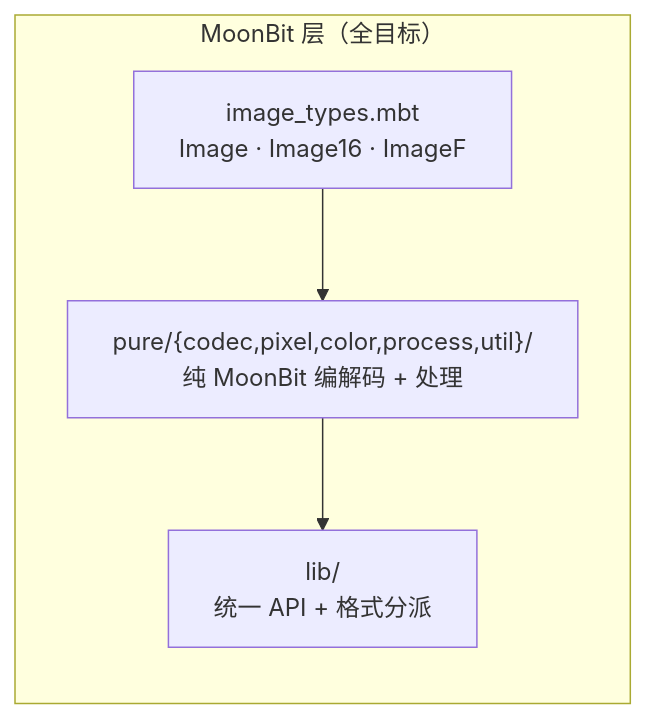
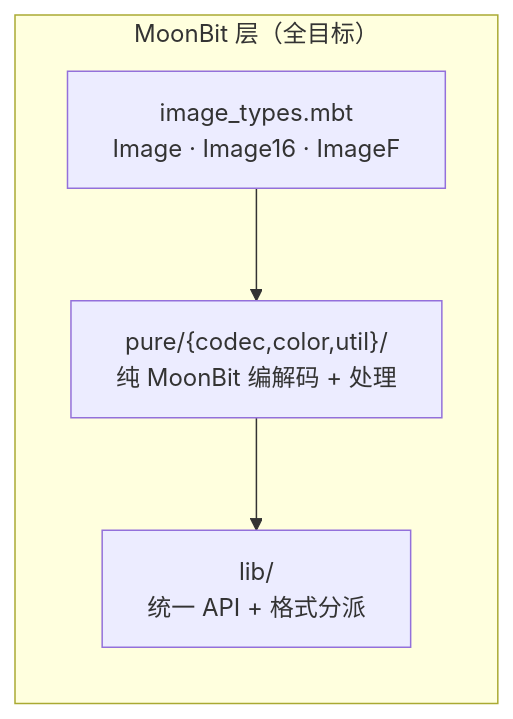
The fourth of 14 diagrams in docs/architecture.md (toadium/stb-image), drawn with Mermaid before and after one commit. The commit also changed other lines of this file and 132 other files, not shown here.

````diff
--- a/docs/architecture.md
+++ b/docs/architecture.md
@@ -177,11 +157,11 @@
 ```mermaid
 flowchart LR
     subgraph MoonBit["MoonBit 层（全目标）"]
         Types["image_types.mbt<br/>Image · Image16 · ImageF"]
-        Pure["pure/{codec,pixel,color,process,util}/<br/>纯 MoonBit 编解码 + 处理"]
+        Pure["pure/{codec,color,util}/<br/>纯 MoonBit 编解码 + 处理"]
         Lib["lib/<br/>统一 API + 格式分派"]
     end
 
     Types --> Pure
     Pure --> Lib
 ```
````
